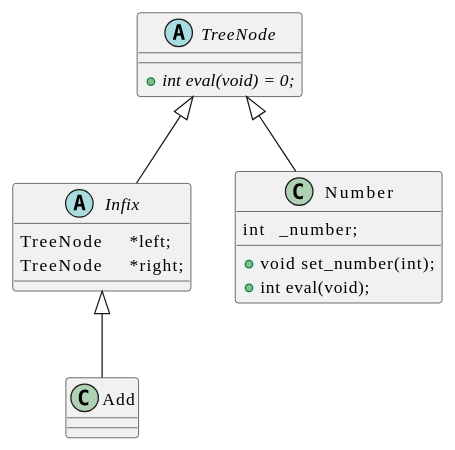
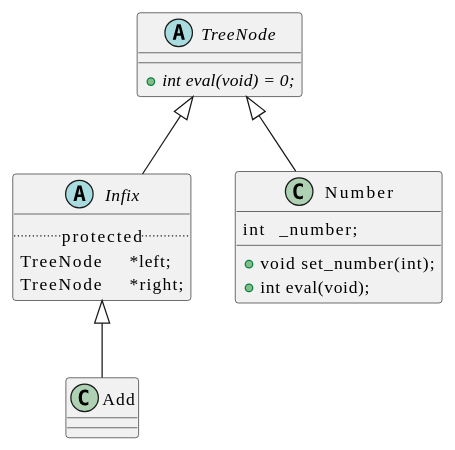
Before and after one commit to t-h2o/parsmath: diagram 12 of 12 in assets/README.adoc, drawn with PlantUML. The commit also changed 2 other files, not shown here.

Commit message:
Infix: private to protected

```diff
--- a/assets/README.adoc
+++ b/assets/README.adoc
@@ -168,25 +168,26 @@
 [plantuml, target=program_class, format=svg, width=100%]
 ....
 @startuml
 skinparam defaultFontName JetBrains Mono
 
 abstract TreeNode {
   +{abstract} int eval(void) = 0;
 }
 abstract Infix {
+  .. protected ..
   TreeNode	*left;
   TreeNode	*right;
 }
 class Add
 class Number {
   int	_number;
   +void set_number(int);
   +int eval(void);
 }
 
 TreeNode <|-- Infix
 TreeNode <|-- Number
 Infix <|-- Add
 
 @enduml
 ....
```
